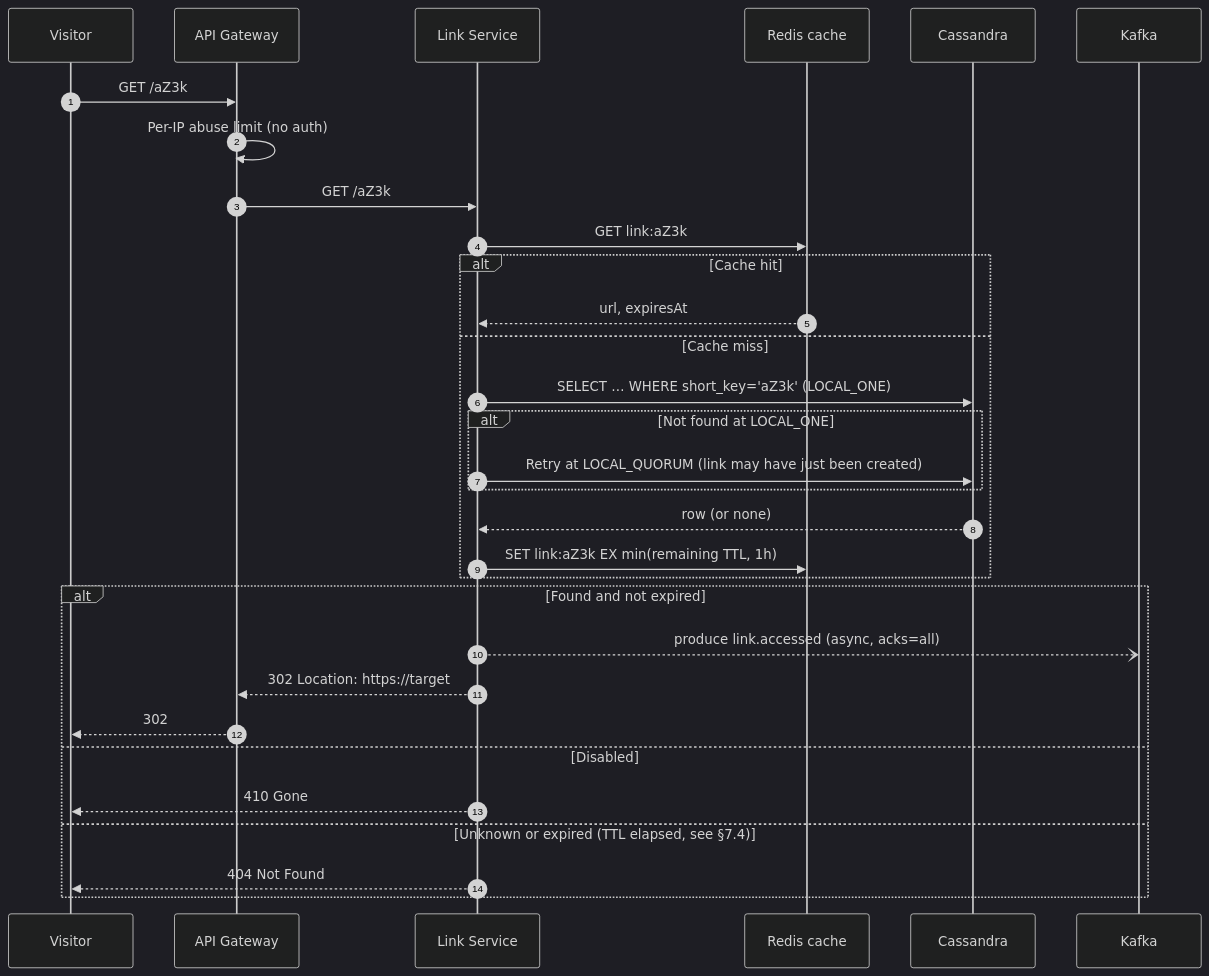
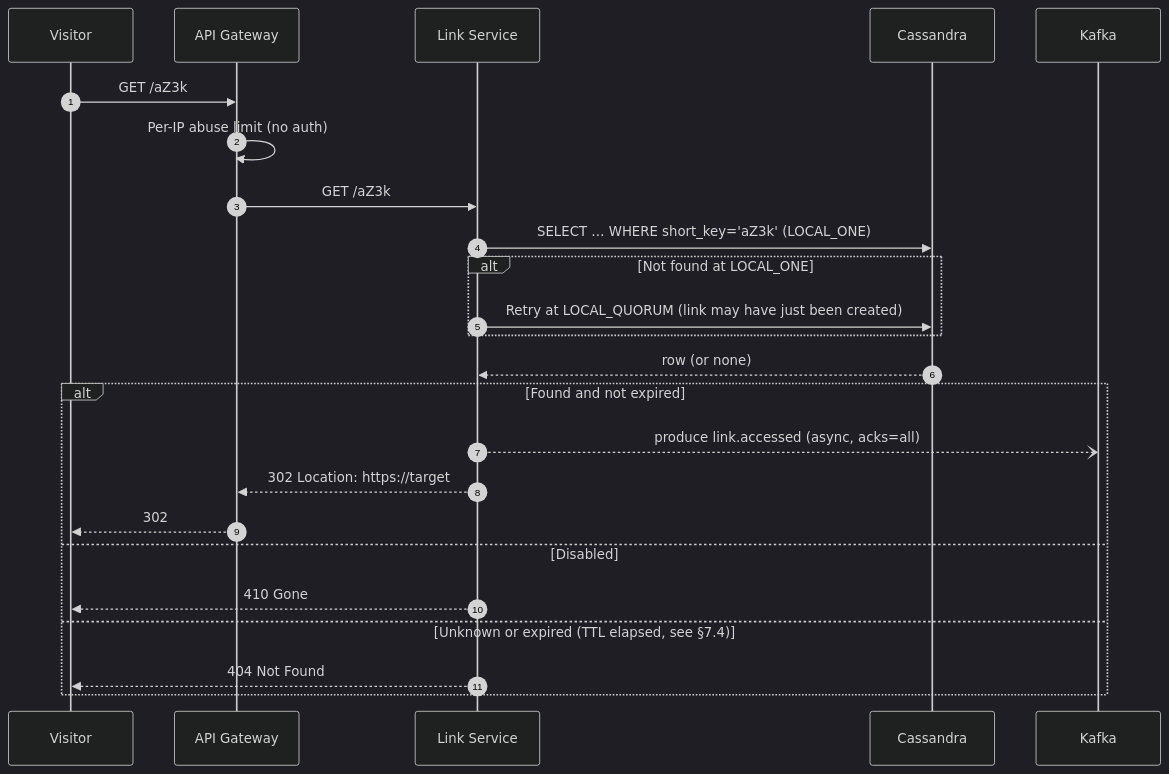
The second of 3 diagrams in 01-architecture.md (amitpramanik1986/url-shortener), drawn with Mermaid (dark theme) before and after one commit. The commit also changed other lines of this file, not shown here.

Commit message:
proposed architecture refactor

````diff
--- a/01-architecture.md
+++ b/01-architecture.md
@@ -184,34 +181,27 @@
 ```mermaid
 sequenceDiagram
     autonumber
     participant V as Visitor
     participant GW as API Gateway
     participant LS as Link Service
-    participant RC as Redis cache
     participant CS as Cassandra
     participant K as Kafka
 
     V->>GW: GET /aZ3k
     GW->>GW: Per-IP abuse limit (no auth)
     GW->>LS: GET /aZ3k
-    LS->>RC: GET link:aZ3k
-    alt Cache hit
-        RC-->>LS: url, expiresAt
-    else Cache miss
-        LS->>CS: SELECT … WHERE short_key='aZ3k' (LOCAL_ONE)
-        alt Not found at LOCAL_ONE
-            LS->>CS: Retry at LOCAL_QUORUM (link may have just been created)
-        end
-        CS-->>LS: row (or none)
-        LS->>RC: SET link:aZ3k EX min(remaining TTL, 1h)
+    LS->>CS: SELECT … WHERE short_key='aZ3k' (LOCAL_ONE)
+    alt Not found at LOCAL_ONE
+        LS->>CS: Retry at LOCAL_QUORUM (link may have just been created)
     end
+    CS-->>LS: row (or none)
     alt Found and not expired
         LS--)K: produce link.accessed (async, acks=all)
         LS-->>GW: 302 Location: https://target
         GW-->>V: 302
     else Disabled
         LS-->>V: 410 Gone
     else Unknown or expired (TTL elapsed, see §7.4)
         LS-->>V: 404 Not Found
     end
 ```
````
